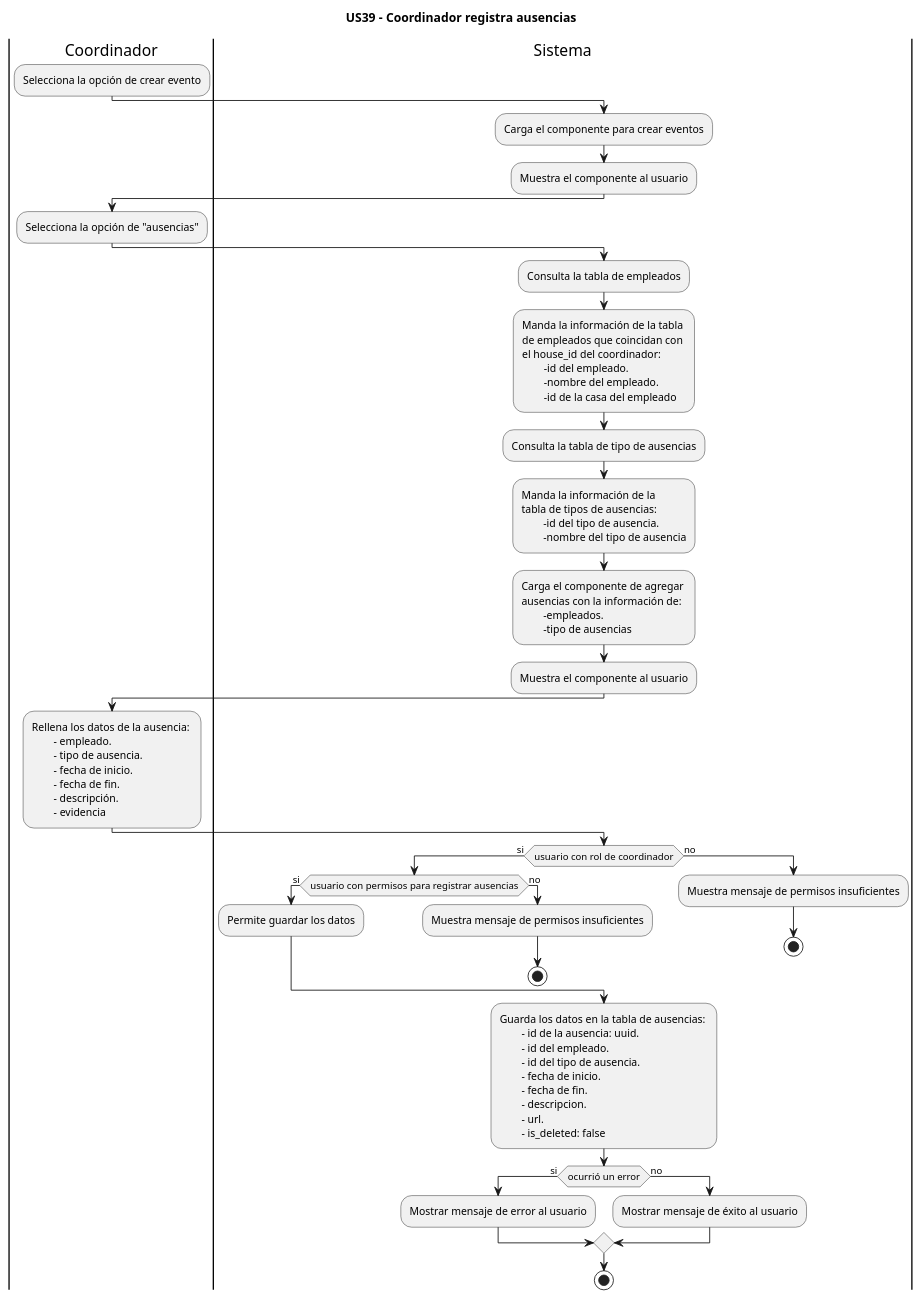
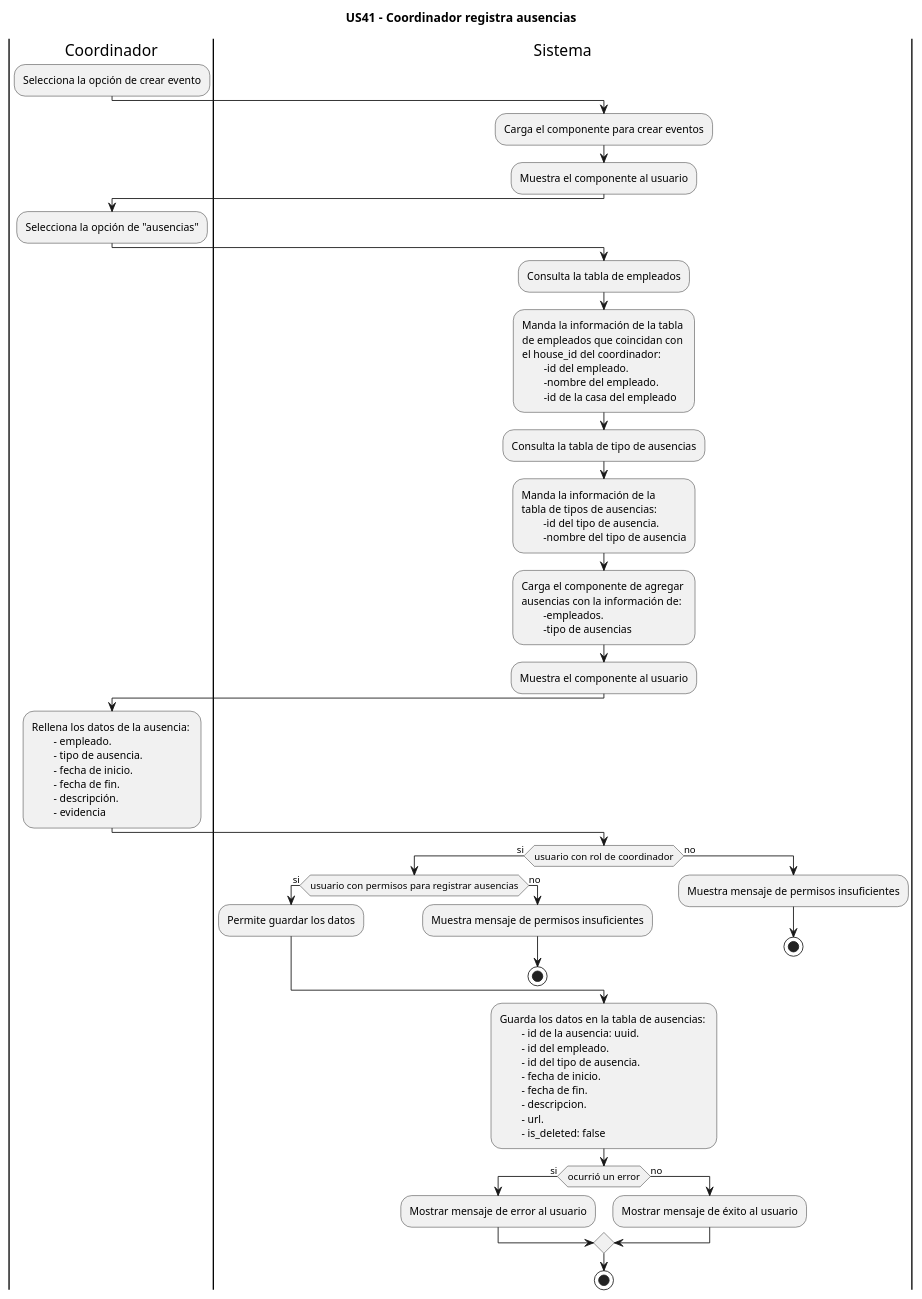
One commit to AztlanConsulting/RCHQ-Back changed the diagram in diagrams/Activity diagram/US41.puml. Above: the diagram before and after it, drawn with PlantUML. The commit also changed 9 other files, not shown here.

```diff
--- a/diagrams/Activity diagram/US41.puml
+++ b/diagrams/Activity diagram/US41.puml
@@ -1,47 +1,47 @@
 @startuml
-title US39 - Coordinador registra ausencias
+title US41 - Coordinador registra ausencias
 
 | Coordinador |
 :Selecciona la opción de crear evento;
 
 | Sistema |
 :Carga el componente para crear eventos;
 :Muestra el componente al usuario;
 
 | Coordinador |
 :Selecciona la opción de "ausencias";
 
 | Sistema |
 :Consulta la tabla de empleados;
 :Manda la información de la tabla \nde empleados que coincidan con \nel house_id del coordinador: \n\t-id del empleado. \n\t-nombre del empleado. \n\t-id de la casa del empleado;
 :Consulta la tabla de tipo de ausencias;
 :Manda la información de la \ntabla de tipos de ausencias: \n\t-id del tipo de ausencia. \n\t-nombre del tipo de ausencia;
 :Carga el componente de agregar \nausencias con la información de: \n\t-empleados. \n\t-tipo de ausencias;
 :Muestra el componente al usuario;
 
 | Coordinador |
 :Rellena los datos de la ausencia: \n\t- empleado. \n\t- tipo de ausencia. \n\t- fecha de inicio. \n\t- fecha de fin. \n\t- descripción. \n\t- evidencia;
 
 | Sistema |
 if (usuario con rol de coordinador) then (si)
     if (usuario con permisos para registrar ausencias) then (si)
         :Permite guardar los datos;
     else (no)
         :Muestra mensaje de permisos insuficientes;
         stop
     endif
 else (no)
     :Muestra mensaje de permisos insuficientes;
     stop
 endif
 
 :Guarda los datos en la tabla de ausencias: \n\t- id de la ausencia: uuid. \n\t- id del empleado. \n\t- id del tipo de ausencia. \n\t- fecha de inicio. \n\t- fecha de fin. \n\t- descripcion. \n\t- url. \n\t- is_deleted: false;
 if (ocurrió un error) then (si)
     :Mostrar mensaje de error al usuario;
 else (no)
     :Mostrar mensaje de éxito al usuario;
 endif
 
 stop
 
 @enduml
```
